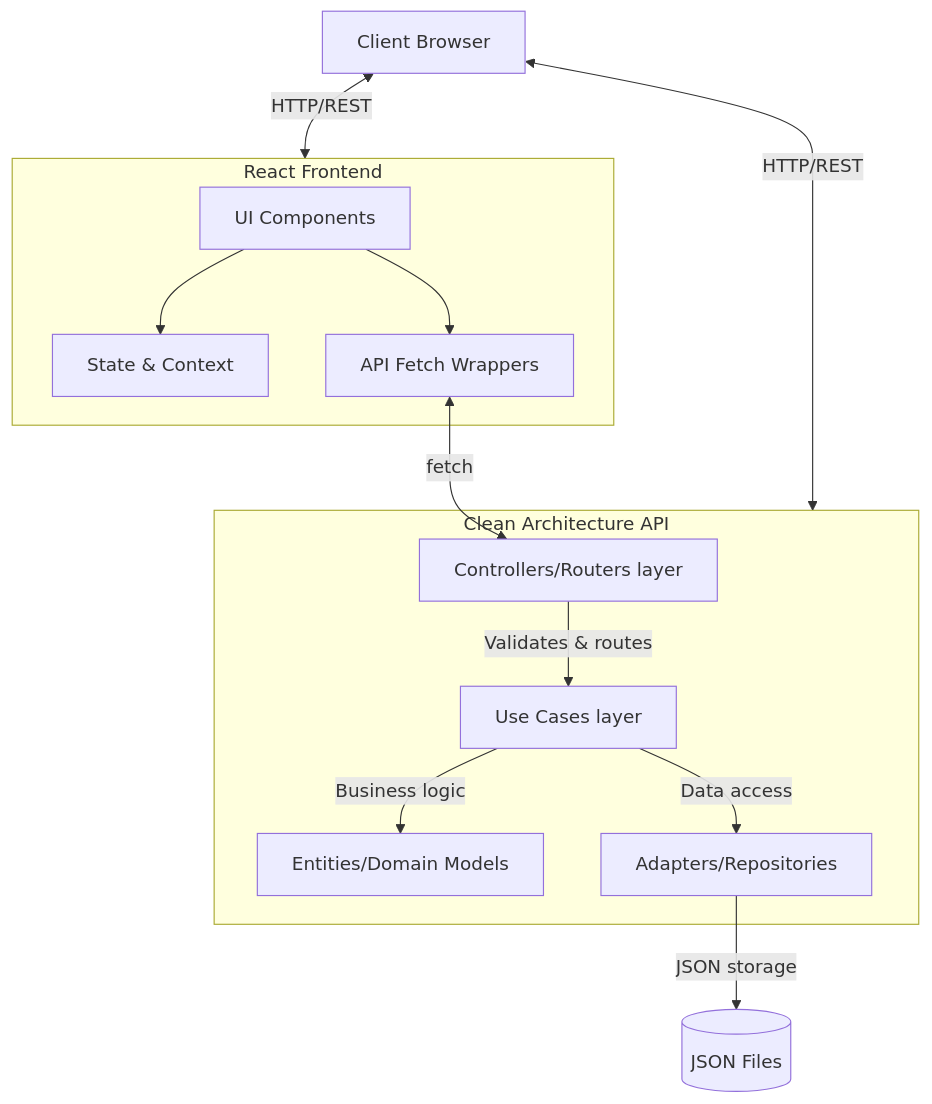
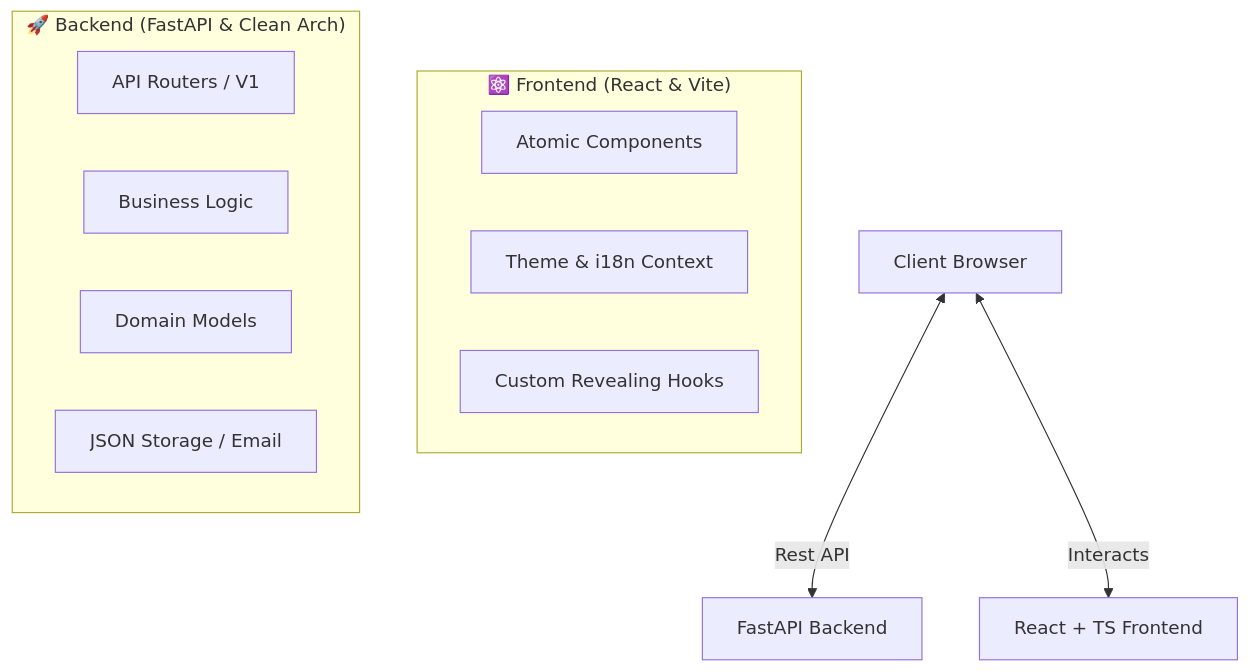
Before and after one commit to Argenis1412/Portf-lio: the diagram in README.md, drawn with Mermaid. The commit also changed other lines of this file and 9 other files, not shown here.

````diff
--- a/README.md
+++ b/README.md
@@ -59,28 +27,18 @@
 ```mermaid
 graph TD
-    Client[Client Browser] <-->|HTTP/REST| Frontend[React + Vite Frontend]
-    Client <-->|HTTP/REST| Backend[FastAPI Backend]
+    Client[Client Browser] <-->|Rest API| Backend[FastAPI Backend]
+    Client <-->|Interacts| Frontend[React + TS Frontend]
     
-    subgraph Frontend [React Frontend]
-        UI[UI Components]
-        Context[State & Context]
-        API_Client[API Fetch Wrappers]
-        UI --> Context
-        UI --> API_Client
+    subgraph "⚛️ Frontend (React & Vite)"
+        UI[Atomic Components]
+        Context[Theme & i18n Context]
+        Hooks[Custom Revealing Hooks]
     end
     
-    API_Client <-->|fetch| Controllers
-    
-    subgraph Backend [Clean Architecture API]
-        Controllers[Controllers/Routers layer]
-        UseCases[Use Cases layer]
-        Entities[Entities/Domain Models]
-        Adapters[Adapters/Repositories]
-        
-        Controllers -->|Validates & routes| UseCases
-        UseCases -->|Business logic| Entities
-        UseCases -->|Data access| Adapters
+    subgraph "🚀 Backend (FastAPI & Clean Arch)"
+        Controllers[API Routers / V1]
+        UseCases[Business Logic]
+        Entities[Domain Models]
+        Adapters[JSON Storage / Email]
     end
-    
-    Adapters -->|JSON storage| Storage[(JSON Files)]
 ```
````
